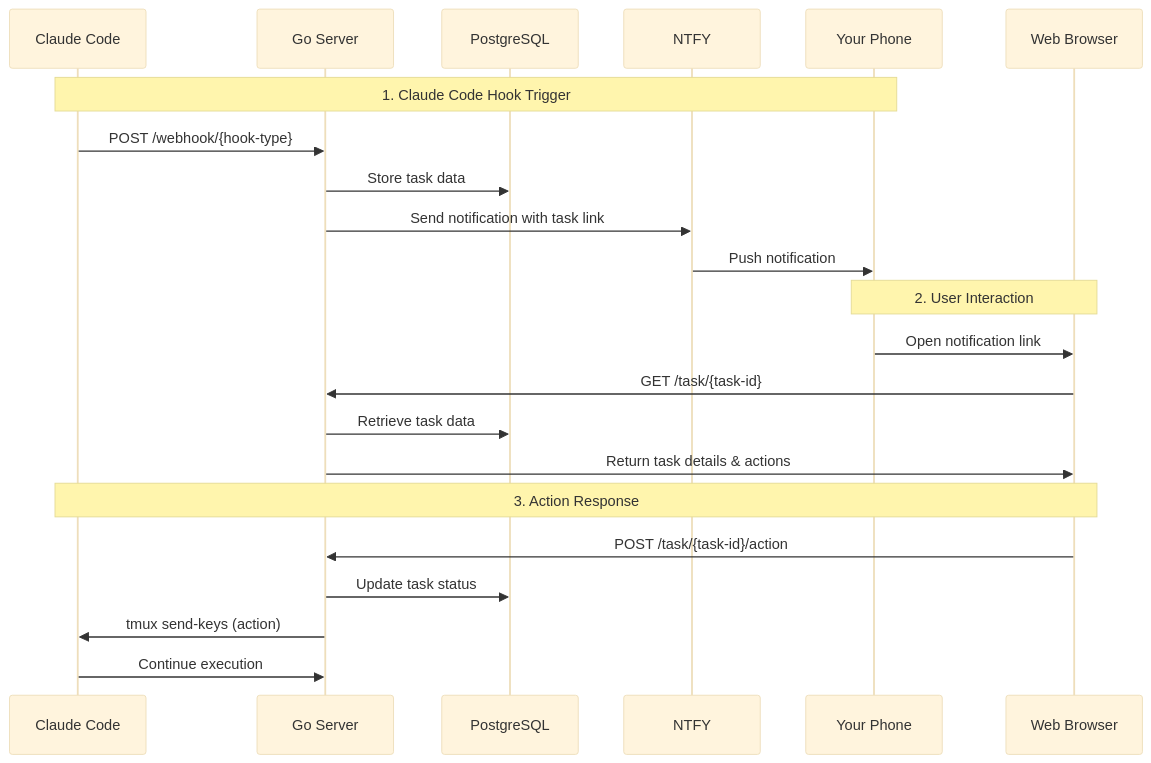
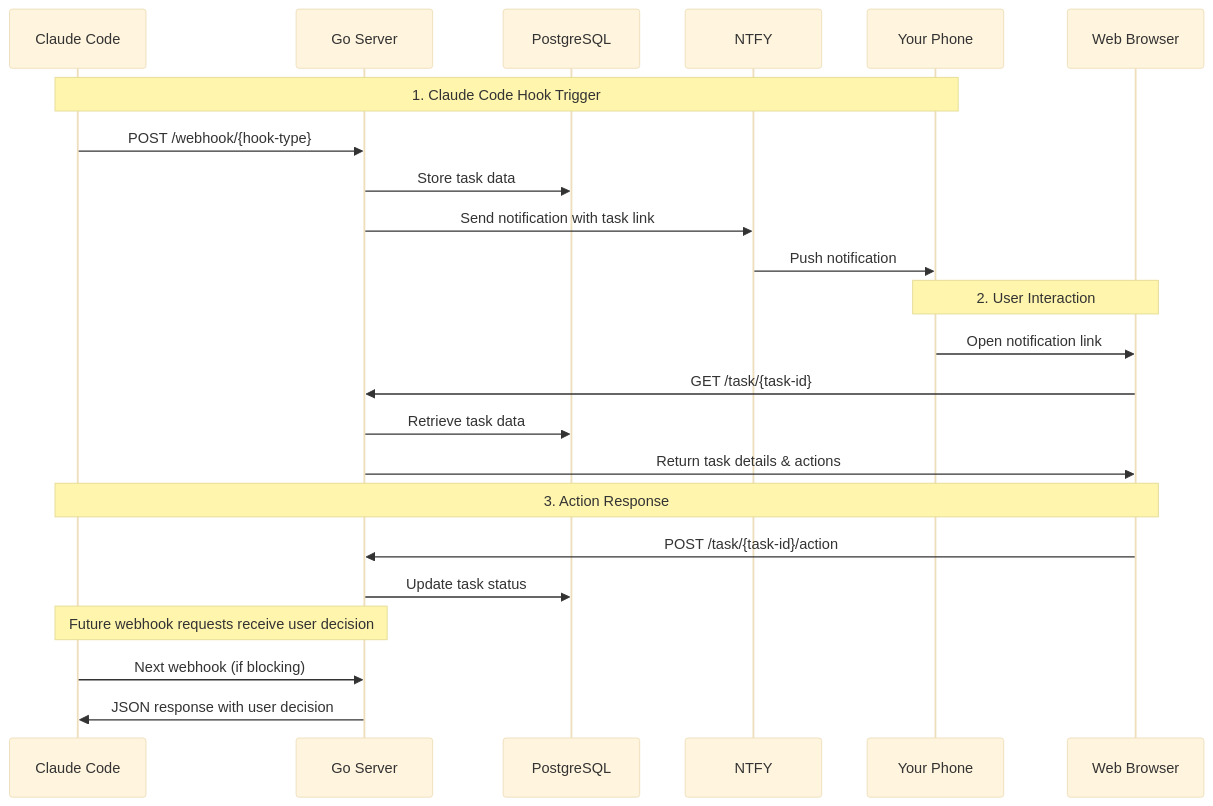
One commit to danshank/haiper changed the second of 2 diagrams in README.md. Above: the diagram before and after it, drawn with Mermaid (base theme). The commit also changed other lines of this file and 17 other files, not shown here.

First line of the commit message:
Refactor to JSON-based Claude Code hook response architecture

````diff
--- a/README.md
+++ b/README.md
@@ -85,27 +86,28 @@
 ```mermaid
 sequenceDiagram
     participant C as Claude Code
     participant G as Go Server
     participant D as PostgreSQL
     participant N as NTFY
     participant P as Your Phone
     participant B as Web Browser
     
     Note over C,P: 1. Claude Code Hook Trigger
     C->>G: POST /webhook/{hook-type}
     G->>D: Store task data
     G->>N: Send notification with task link
     N->>P: Push notification
     
     Note over P,B: 2. User Interaction
     P->>B: Open notification link
     B->>G: GET /task/{task-id}
     G->>D: Retrieve task data
     G->>B: Return task details & actions
     
     Note over B,C: 3. Action Response
     B->>G: POST /task/{task-id}/action
     G->>D: Update task status
-    G->>C: tmux send-keys (action)
-    C->>G: Continue execution
+    Note over G,C: Future webhook requests receive user decision
+    C->>G: Next webhook (if blocking)
+    G->>C: JSON response with user decision
 ```
````
